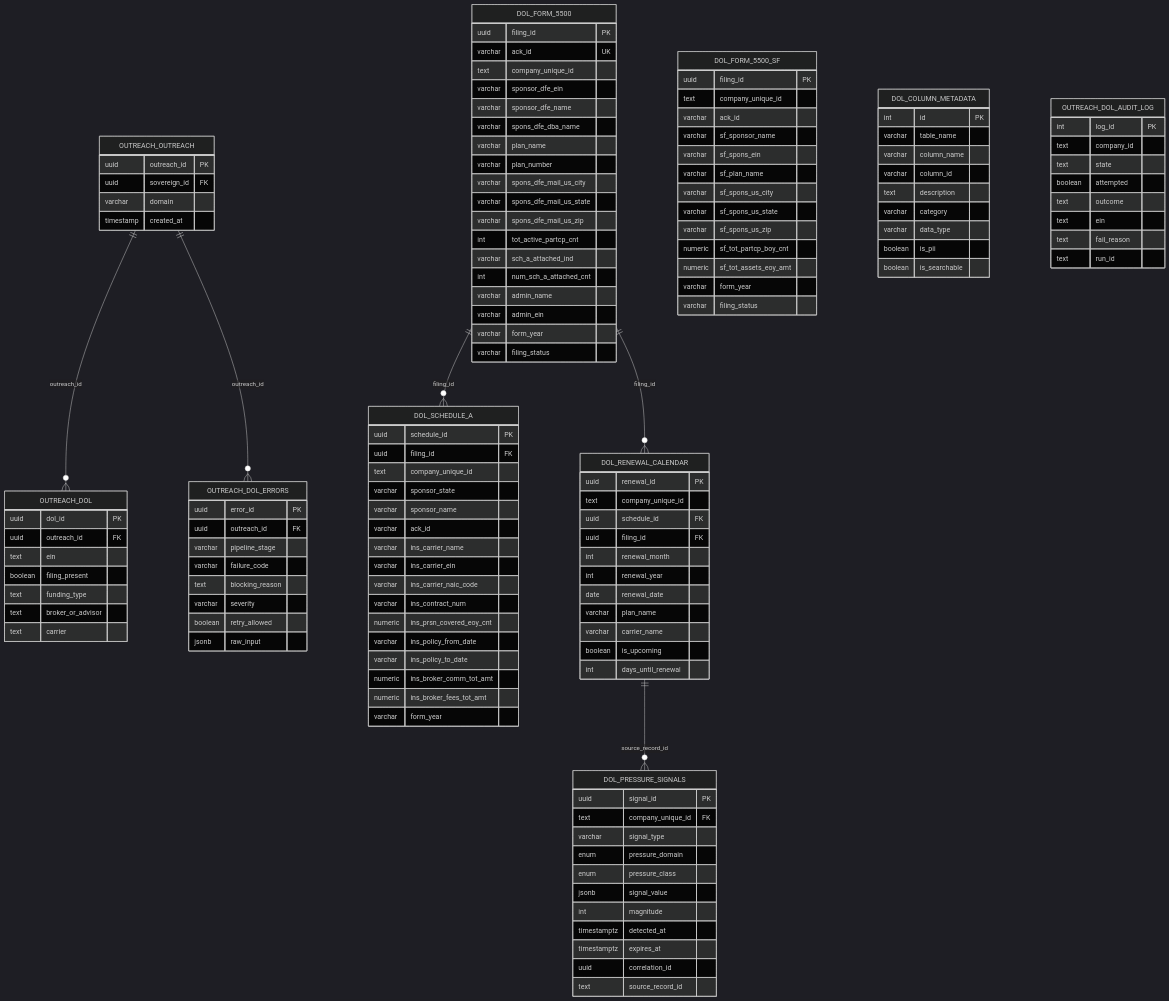
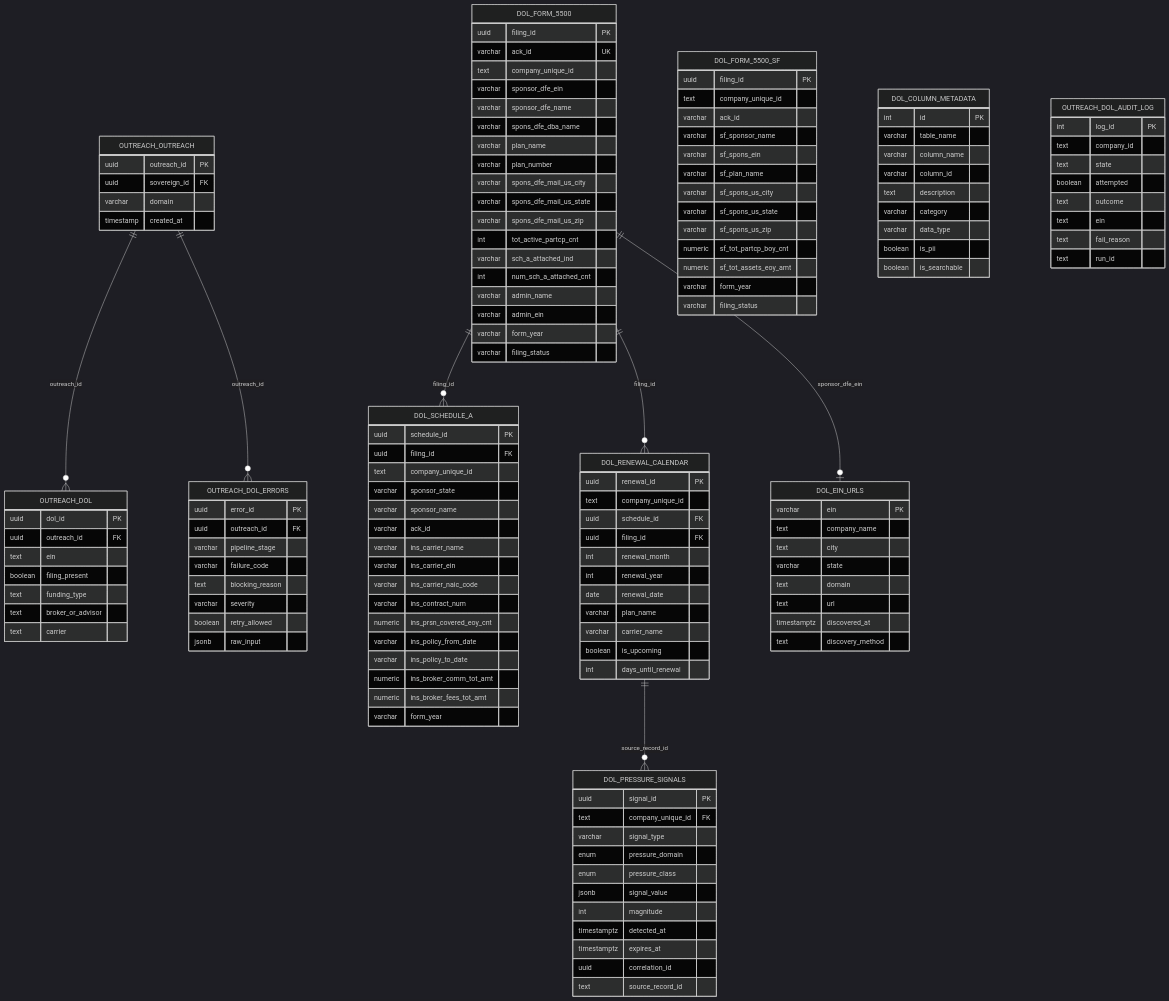
One commit to djb258/barton-outreach-core changed the diagram in hubs/dol-filings/SCHEMA.md. Above: the diagram before and after it, drawn with Mermaid (dark theme). The commit also changed other lines of this file and 28 other files, not shown here.

First line of the commit message:
docs(dol): Add dol.ein_urls table to ERD with AI-ready metadata

```diff
--- a/hubs/dol-filings/SCHEMA.md
+++ b/hubs/dol-filings/SCHEMA.md
@@ -36,7 +37,19 @@
 
     DOL_FORM_5500 ||--o{ DOL_SCHEDULE_A : "filing_id"
     DOL_FORM_5500 ||--o{ DOL_RENEWAL_CALENDAR : "filing_id"
+    DOL_FORM_5500 ||--o| DOL_EIN_URLS : "sponsor_dfe_ein"
     DOL_RENEWAL_CALENDAR ||--o{ DOL_PRESSURE_SIGNALS : "source_record_id"
+
+    DOL_EIN_URLS {
+        varchar ein PK
+        text company_name
+        text city
+        varchar state
+        text domain
+        text url
+        timestamptz discovered_at
+        text discovery_method
+    }
 
     DOL_PRESSURE_SIGNALS {
         uuid signal_id PK
```
